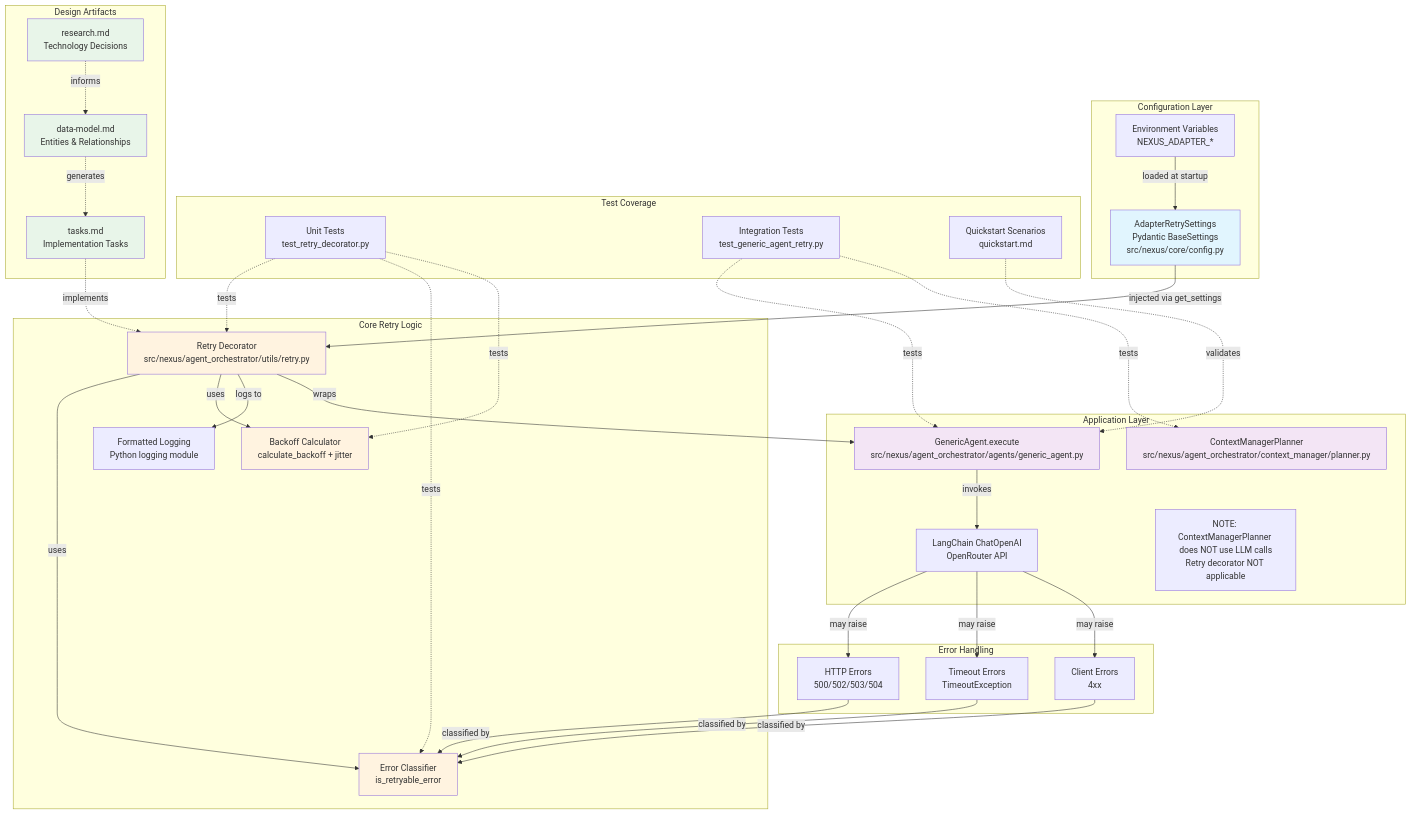
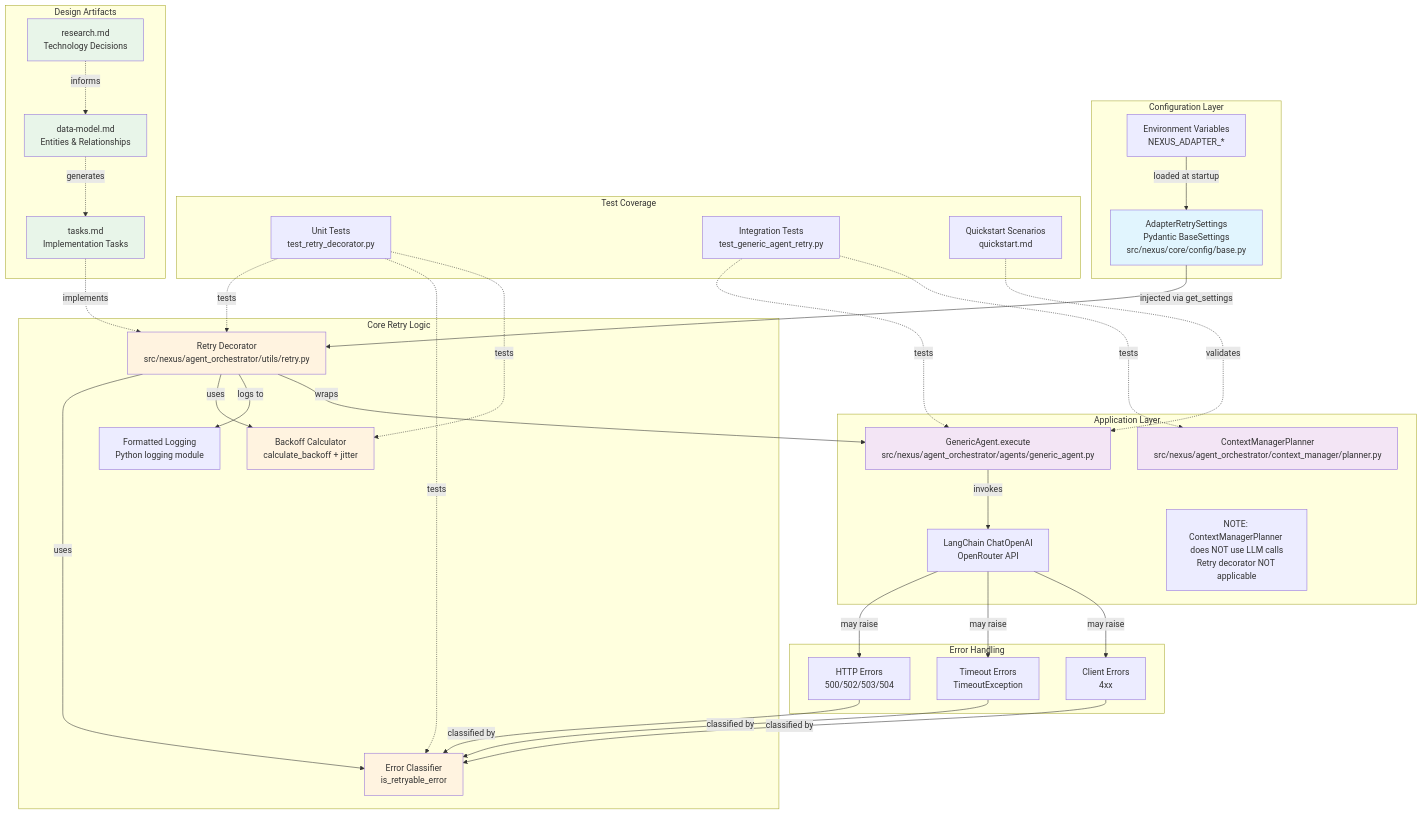
Before and after one commit to alinabuzachis/syntara: the diagram in specs/014-adaptor-retry/plan.md, drawn with Mermaid. The commit also changed other lines of this file and 99 other files, not shown here.

````diff
--- a/specs/014-adaptor-retry/plan.md
+++ b/specs/014-adaptor-retry/plan.md
@@ -39,77 +39,77 @@
 ```mermaid
 graph TB
     subgraph "Configuration Layer"
         ENV[Environment Variables<br/>NEXUS_ADAPTER_*]
-        Settings[AdapterRetrySettings<br/>Pydantic BaseSettings<br/>src/nexus/core/config.py]
+        Settings[AdapterRetrySettings<br/>Pydantic BaseSettings<br/>src/nexus/core/config/base.py]
         ENV -->|loaded at startup| Settings
     end
 
     subgraph "Core Retry Logic"
         Decorator[Retry Decorator<br/>src/nexus/agent_orchestrator/utils/retry.py]
         Classifier[Error Classifier<br/>is_retryable_error]
         Backoff[Backoff Calculator<br/>calculate_backoff + jitter]
         Logger[Formatted Logging<br/>Python logging module]
 
         Settings -->|injected via get_settings| Decorator
         Decorator -->|uses| Classifier
         Decorator -->|uses| Backoff
         Decorator -->|logs to| Logger
     end
 
     subgraph "Application Layer"
         GenericAgent[GenericAgent.execute<br/>src/nexus/agent_orchestrator/agents/generic_agent.py]
         ContextMgr[ContextManagerPlanner<br/>src/nexus/agent_orchestrator/context_manager/planner.py]
         LangChain[LangChain ChatOpenAI<br/>OpenRouter API]
 
         Decorator -->|wraps| GenericAgent
         Note1[NOTE: ContextManagerPlanner does NOT use LLM calls<br/>Retry decorator NOT applicable]
         GenericAgent -->|invokes| LangChain
     end
 
     subgraph "Error Handling"
         HTTPError[HTTP Errors<br/>500/502/503/504]
         Timeout[Timeout Errors<br/>TimeoutException]
         ClientError[Client Errors<br/>4xx]
 
         LangChain -->|may raise| HTTPError
         LangChain -->|may raise| Timeout
         LangChain -->|may raise| ClientError
 
         HTTPError -->|classified by| Classifier
         Timeout -->|classified by| Classifier
         ClientError -->|classified by| Classifier
     end
 
     subgraph "Test Coverage"
         UnitTests[Unit Tests<br/>test_retry_decorator.py]
         IntegTests[Integration Tests<br/>test_generic_agent_retry.py]
         Quickstart[Quickstart Scenarios<br/>quickstart.md]
 
         UnitTests -.->|tests| Decorator
         UnitTests -.->|tests| Classifier
         UnitTests -.->|tests| Backoff
         IntegTests -.->|tests| GenericAgent
         IntegTests -.->|tests| ContextMgr
         Quickstart -.->|validates| GenericAgent
     end
 
     subgraph "Design Artifacts"
         Research[research.md<br/>Technology Decisions]
         DataModel[data-model.md<br/>Entities & Relationships]
         Tasks[tasks.md<br/>Implementation Tasks]
 
         Research -.->|informs| DataModel
         DataModel -.->|generates| Tasks
         Tasks -.->|implements| Decorator
     end
 
     style Settings fill:#e1f5fe
     style Decorator fill:#fff3e0
     style Classifier fill:#fff3e0
     style Backoff fill:#fff3e0
     style GenericAgent fill:#f3e5f5
     style ContextMgr fill:#f3e5f5
     style Research fill:#e8f5e9
     style DataModel fill:#e8f5e9
     style Tasks fill:#e8f5e9
 ```
````
